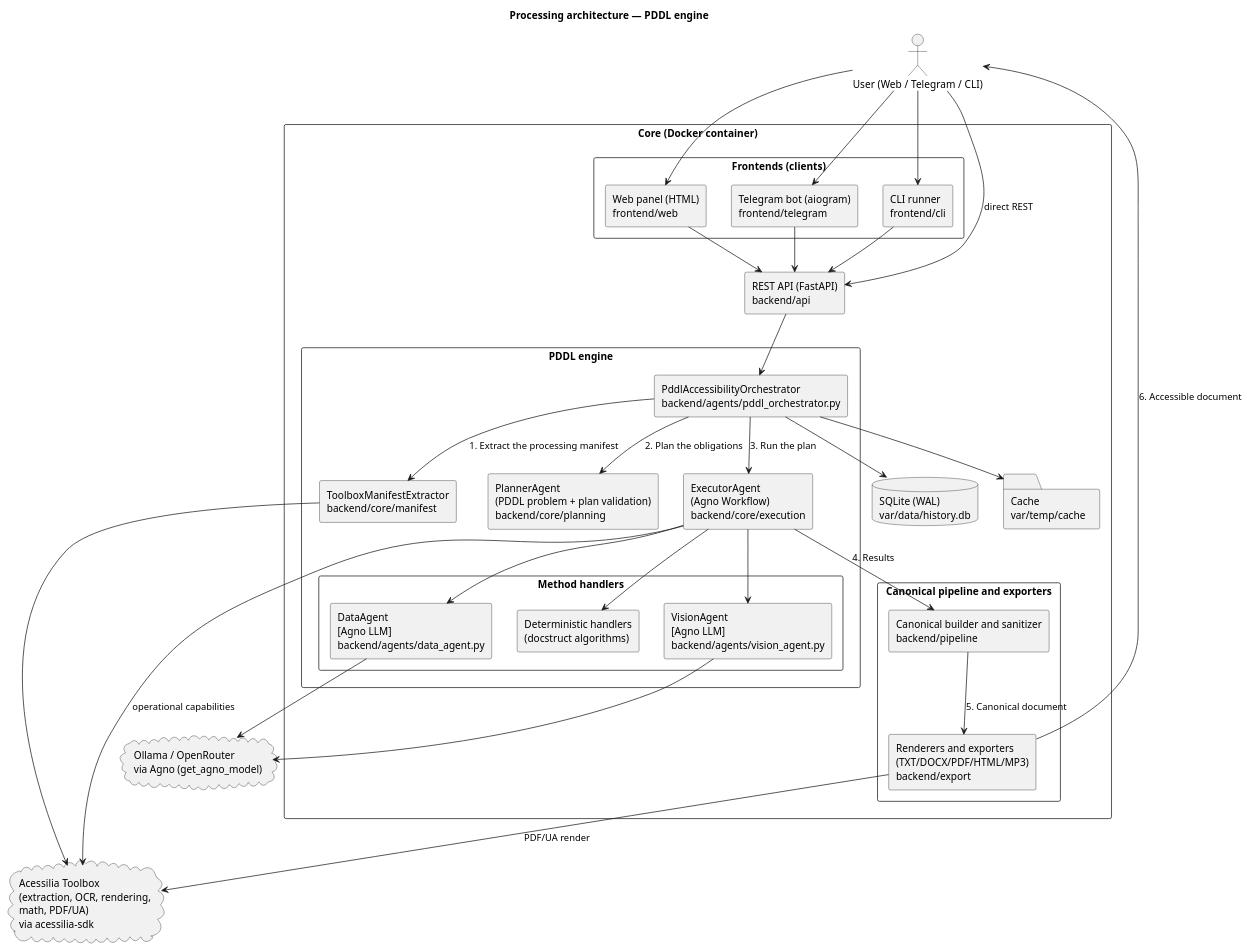
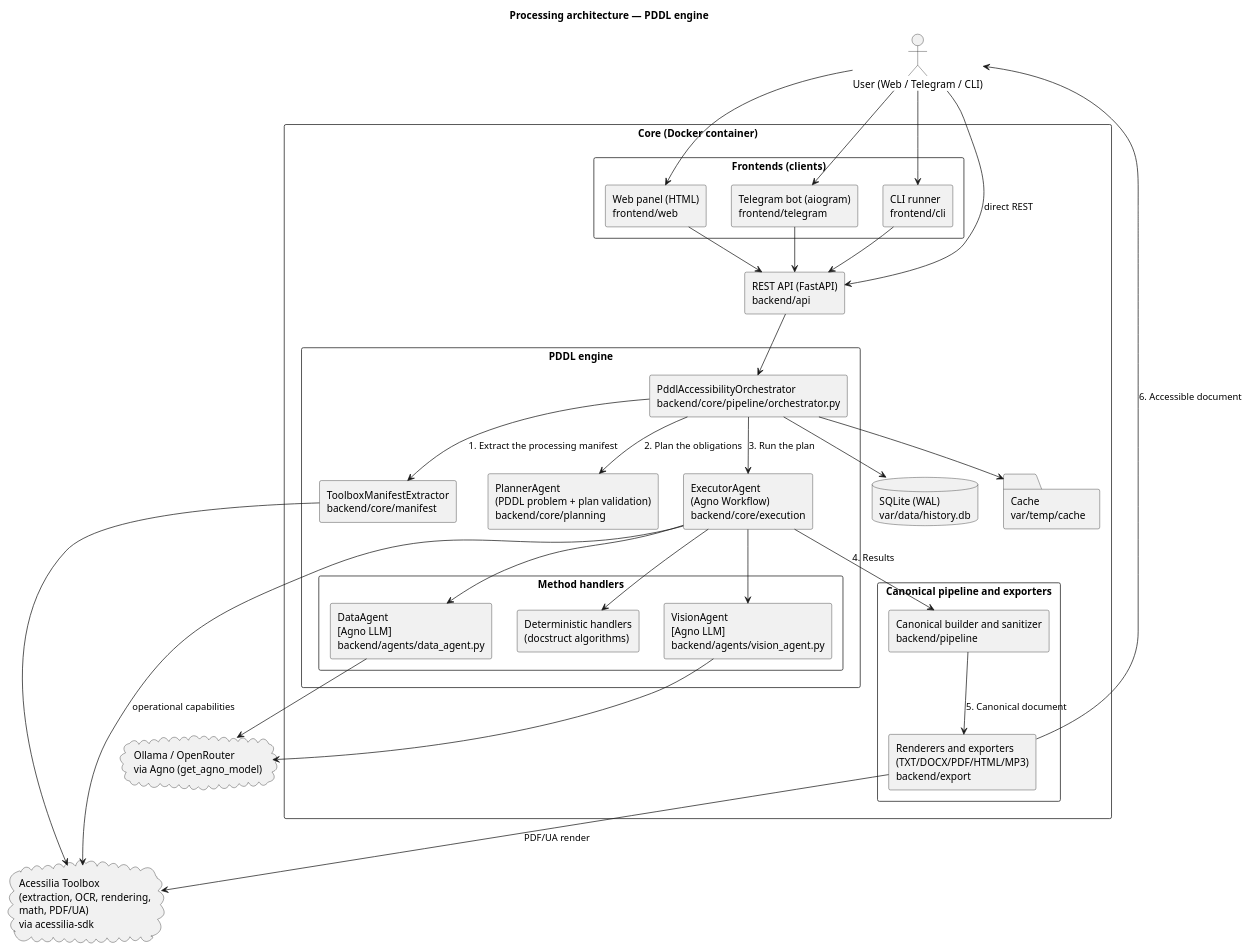
Before and after one commit to A11yDevs/acessilia: the diagram in docs/architecture/architecture.puml, drawn with PlantUML. The commit also changed 45 other files, not shown here.

First line of the commit message:
refactor(core): move the orchestrator class to backend/core/pipeline (#402)

```diff
--- a/docs/architecture/architecture.puml
+++ b/docs/architecture/architecture.puml
@@ -1,74 +1,74 @@
 @startuml architecture
 skinparam componentStyle rectangle
 skinparam shadowing false
 skinparam packageStyle rectangle
 
 title Processing architecture — PDDL engine
 
 actor "User (Web / Telegram / CLI)" as User
 
 package "Core (Docker container)" {
 
   package "Frontends (clients)" {
     component "Web panel (HTML)\nfrontend/web" as WebUI
     component "Telegram bot (aiogram)\nfrontend/telegram" as TelegramBot
     component "CLI runner\nfrontend/cli" as CLI
   }
 
   component "REST API (FastAPI)\nbackend/api" as API
 
   package "PDDL engine" {
-    component "PddlAccessibilityOrchestrator\nbackend/agents/pddl_orchestrator.py" as Orchestrator
+    component "PddlAccessibilityOrchestrator\nbackend/core/pipeline/orchestrator.py" as Orchestrator
     component "ToolboxManifestExtractor\nbackend/core/manifest" as Manifest
     component "PlannerAgent\n(PDDL problem + plan validation)\nbackend/core/planning" as Planner
     component "ExecutorAgent\n(Agno Workflow)\nbackend/core/execution" as Executor
 
     package "Method handlers" {
       component "VisionAgent\n[Agno LLM]\nbackend/agents/vision_agent.py" as Vision
       component "DataAgent\n[Agno LLM]\nbackend/agents/data_agent.py" as Data
       component "Deterministic handlers\n(docstruct algorithms)" as Deterministic
     }
   }
 
   package "Canonical pipeline and exporters" {
     component "Canonical builder and sanitizer\nbackend/pipeline" as Pipeline
     component "Renderers and exporters\n(TXT/DOCX/PDF/HTML/MP3)\nbackend/export" as Exporters
   }
 
   database "SQLite (WAL)\nvar/data/history.db" as DB
   folder "Cache\nvar/temp/cache" as Cache
 }
 
 cloud "Acessilia Toolbox\n(extraction, OCR, rendering,\nmath, PDF/UA)\nvia acessilia-sdk" as Toolbox
 cloud "Ollama / OpenRouter\nvia Agno (get_agno_model)" as AI
 
 User --> WebUI
 User --> TelegramBot
 User --> CLI
 User --> API : direct REST
 
 WebUI --> API
 TelegramBot --> API
 CLI --> API
 API --> Orchestrator
 
 Orchestrator --> DB
 Orchestrator --> Cache
 
 Orchestrator --> Manifest : 1. Extract the processing manifest
 Manifest --> Toolbox
 Orchestrator --> Planner : 2. Plan the obligations
 Orchestrator --> Executor : 3. Run the plan
 Executor --> Vision
 Executor --> Data
 Executor --> Deterministic
 Executor --> Toolbox : operational capabilities
 Vision --> AI
 Data --> AI
 
 Executor --> Pipeline : 4. Results
 Pipeline --> Exporters : 5. Canonical document
 Exporters --> Toolbox : PDF/UA render
 Exporters --> User : 6. Accessible document
 
 @enduml
```
